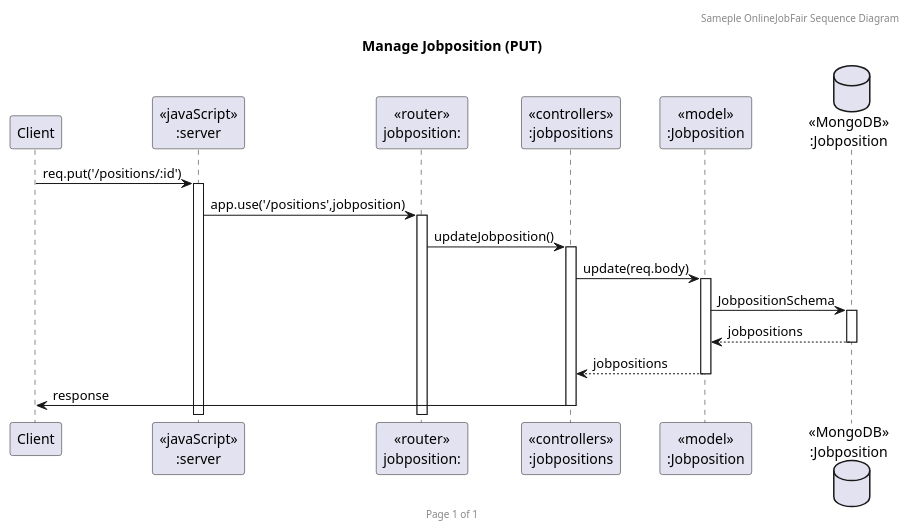
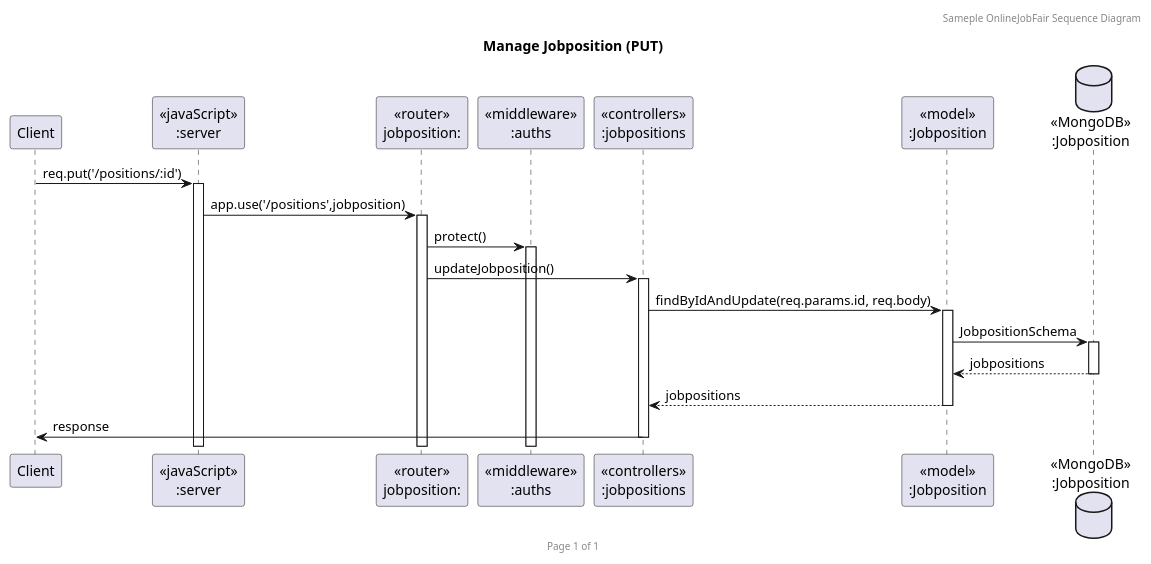
The diagram in plantuml/putjobposi.puml (2110503TACEDT66/presentation-day-1-madumeawteehongraomai), drawn with PlantUML before and after one commit. The commit also changed 29 other files, not shown here.

```diff
--- a/plantuml/putjobposi.puml
+++ b/plantuml/putjobposi.puml
@@ -1,23 +1,25 @@
 @startuml Manage Jobposition (PUT)
 
 header Sameple OnlineJobFair Sequence Diagram
 footer Page %page% of %lastpage%
 title "Manage Jobposition (PUT)"
 
 participant "Client" as client
 participant "<<javaScript>>\n:server" as server
 participant "<<router>>\njobposition:" as routerJobpositions
+participant "<<middleware>>\n:auths" as auth
 participant "<<controllers>>\n:jobpositions" as controllersJobpositions
 participant "<<model>>\n:Jobposition" as modelJobposition
 database "<<MongoDB>>\n:Jobposition" as JobpositionsDatabase
 
 client->server ++:req.put('/positions/:id')
 server->routerJobpositions ++:app.use('/positions',jobposition)
+routerJobpositions-> auth ++:protect()
 routerJobpositions -> controllersJobpositions ++:updateJobposition()
-controllersJobpositions->modelJobposition ++:update(req.body)
+controllersJobpositions->modelJobposition ++:findByIdAndUpdate(req.params.id, req.body)
 modelJobposition ->JobpositionsDatabase ++: JobpositionSchema
 JobpositionsDatabase --> modelJobposition --: jobpositions
 controllersJobpositions <-- modelJobposition --:jobpositions
 controllersJobpositions->client --:response
 
 @enduml
```
